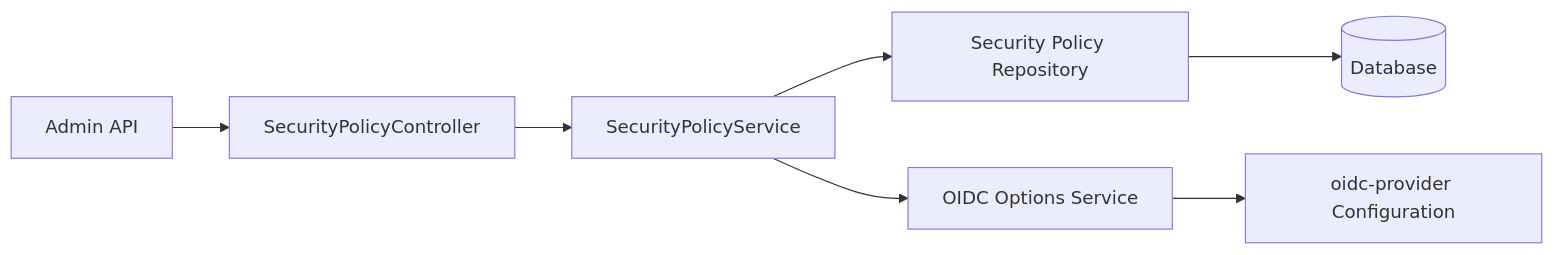
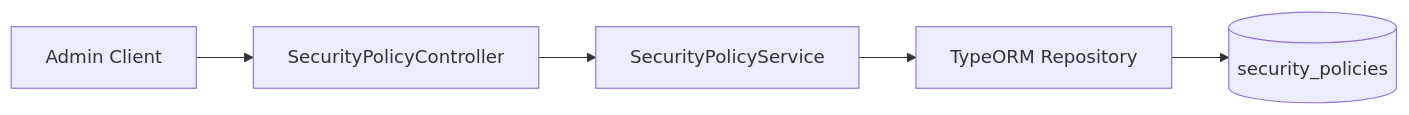
Before and after one commit to TechSivaram/tscloak: diagram 17 of 26 in README.md, drawn with Mermaid. The commit also changed other lines of this file, not shown here.

Commit message:
updated Security Policy Management

````diff
--- a/README.md
+++ b/README.md
@@ -1566,9 +1539,7 @@
 ```mermaid
 flowchart LR
-    A["Admin API"] --> B["SecurityPolicyController"]
+    A["Admin Client"] --> B["SecurityPolicyController"]
     B --> C["SecurityPolicyService"]
-    C --> D["Security Policy Repository"]
-    D --> E[("Database")]
-    C --> F["OIDC Options Service"]
-    F --> G["oidc-provider Configuration"]
+    C --> D["TypeORM Repository"]
+    D --> E[("security_policies")]
 ```
````
